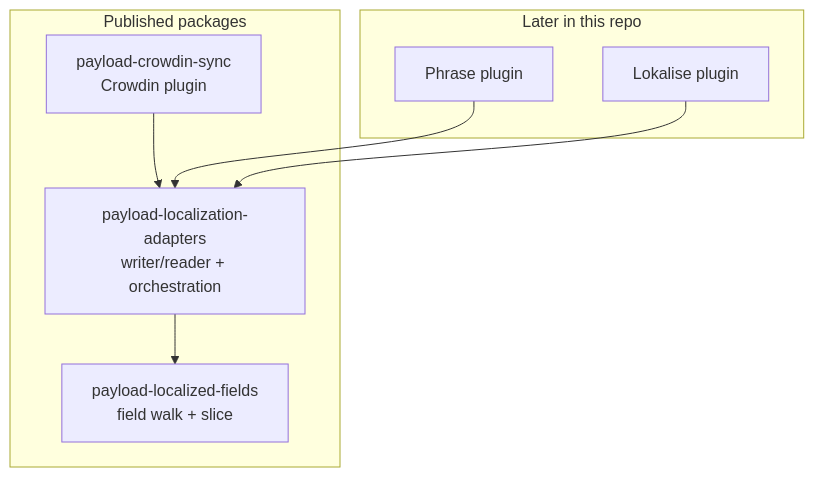
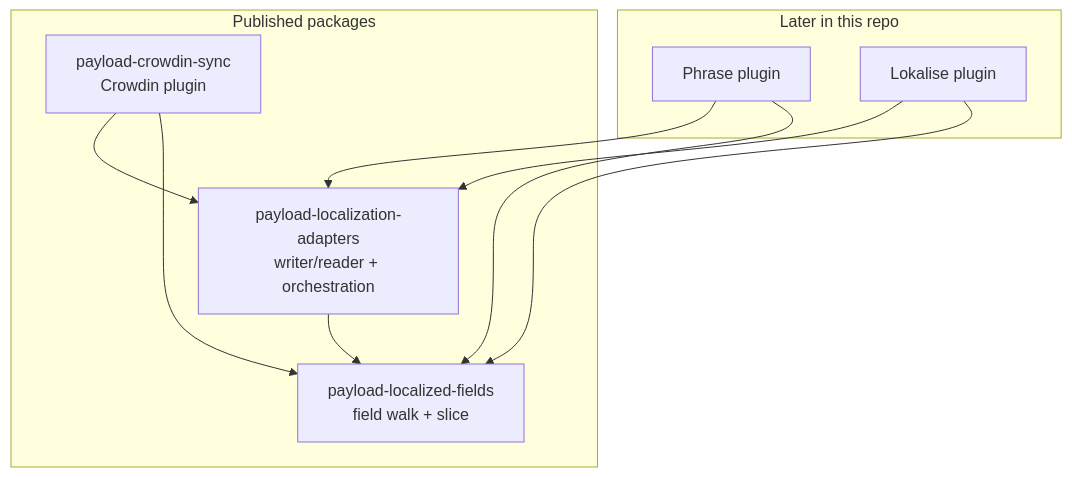
The first of 3 diagrams in docs-site/docs/repo/packages.md (thompsonsj/payload-crowdin-sync), drawn with Mermaid before and after one commit. The commit also changed other lines of this file and 3 other files, not shown here.

````diff
--- a/docs-site/docs/repo/packages.md
+++ b/docs-site/docs/repo/packages.md
@@ -18,18 +18,21 @@
 ```mermaid
 flowchart TB
   subgraph published["Published packages"]
     documentPkg["payload-localized-fields<br/>field walk + slice"]
     adaptersPkg["payload-localization-adapters<br/>writer/reader + orchestration"]
     crowdinPkg["payload-crowdin-sync<br/>Crowdin plugin"]
   end
 
   subgraph later["Later in this repo"]
     phrasePkg["Phrase plugin"]
     lokalisePkg["Lokalise plugin"]
   end
 
   crowdinPkg --> adaptersPkg
+  crowdinPkg --> documentPkg
   phrasePkg --> adaptersPkg
+  phrasePkg --> documentPkg
   lokalisePkg --> adaptersPkg
+  lokalisePkg --> documentPkg
   adaptersPkg --> documentPkg
 ```
````
